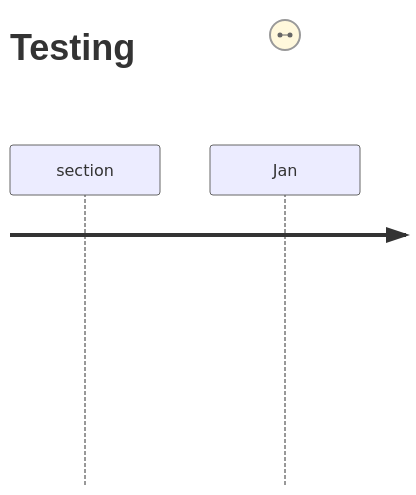
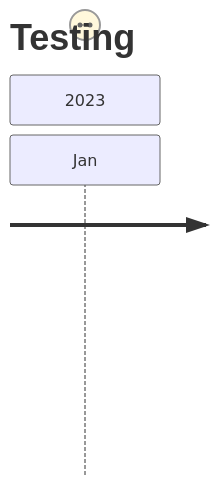
One commit to chingu-voyages/Handbook changed the first of 2 diagrams in docs/guides/voyage.md. Above: the diagram before and after it, drawn with Mermaid.

Commit message:
Feature: Update Voyage schedule [WIP]

````diff
--- a/docs/guides/voyage.md
+++ b/docs/guides/voyage.md
@@ -17,6 +17,6 @@
 ```mermaid
 journey
   title Testing
-    section: 2023
+    section 2023
       Jan: Voyage 42
 ```
````
